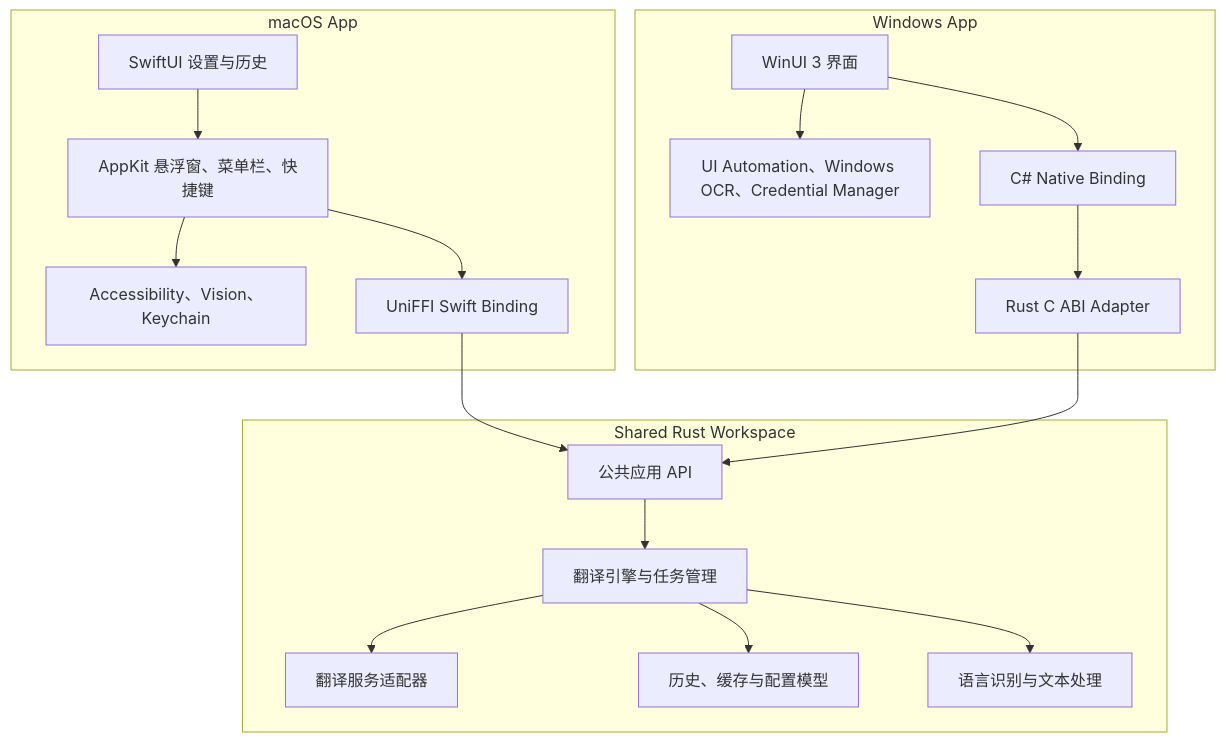
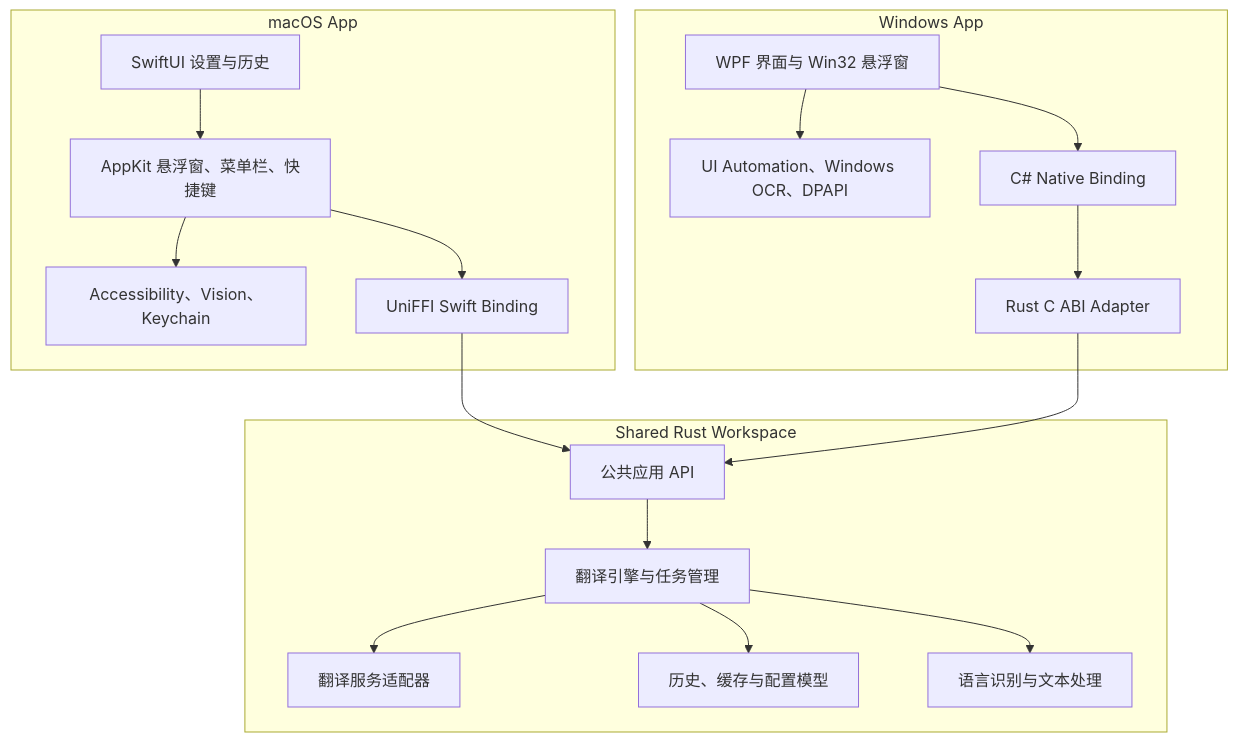
Before and after one commit to ldjx7/Polyglance: the first of 2 diagrams in docs/PROJECT_PLAN.md, drawn with Mermaid. The commit also changed other lines of this file and 116 other files, not shown here.

````diff
--- a/docs/PROJECT_PLAN.md
+++ b/docs/PROJECT_PLAN.md
@@ -67,39 +67,39 @@
 ```mermaid
 flowchart TB
     subgraph macOS["macOS App"]
         SwiftUI["SwiftUI 设置与历史"]
         AppKit["AppKit 悬浮窗、菜单栏、快捷键"]
         MacServices["Accessibility、Vision、Keychain"]
         SwiftBinding["UniFFI Swift Binding"]
     end
 
     subgraph Windows["Windows App"]
-        WinUI["WinUI 3 界面"]
-        WinServices["UI Automation、Windows OCR、Credential Manager"]
+        WPF["WPF 界面与 Win32 悬浮窗"]
+        WinServices["UI Automation、Windows OCR、DPAPI"]
         DotNetBinding["C# Native Binding"]
         CApi["Rust C ABI Adapter"]
     end
 
     subgraph Shared["Shared Rust Workspace"]
         FFI["公共应用 API"]
         Engine["翻译引擎与任务管理"]
         Providers["翻译服务适配器"]
         Storage["历史、缓存与配置模型"]
         Text["语言识别与文本处理"]
     end
 
     SwiftUI --> AppKit
     AppKit --> MacServices
     AppKit --> SwiftBinding
     SwiftBinding --> FFI
 
-    WinUI --> WinServices
-    WinUI --> DotNetBinding
+    WPF --> WinServices
+    WPF --> DotNetBinding
     DotNetBinding --> CApi
     CApi --> FFI
 
     FFI --> Engine
     Engine --> Providers
     Engine --> Storage
     Engine --> Text
 ```
````
